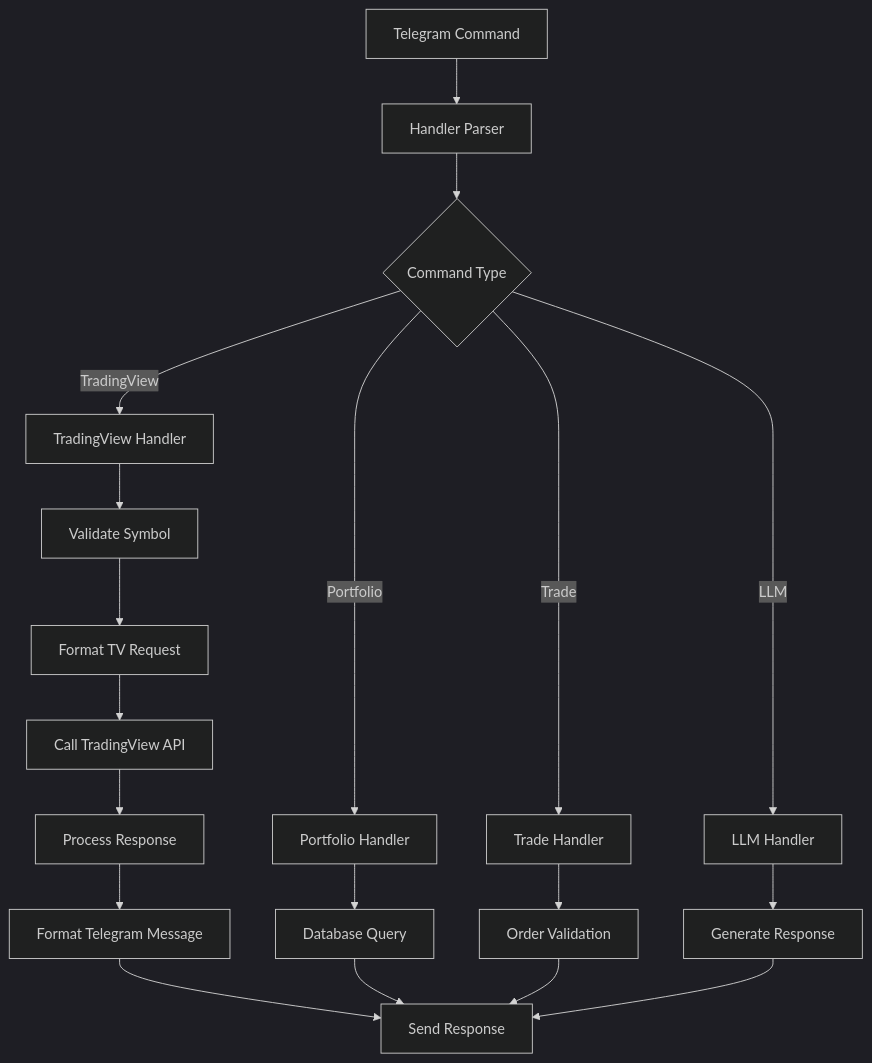
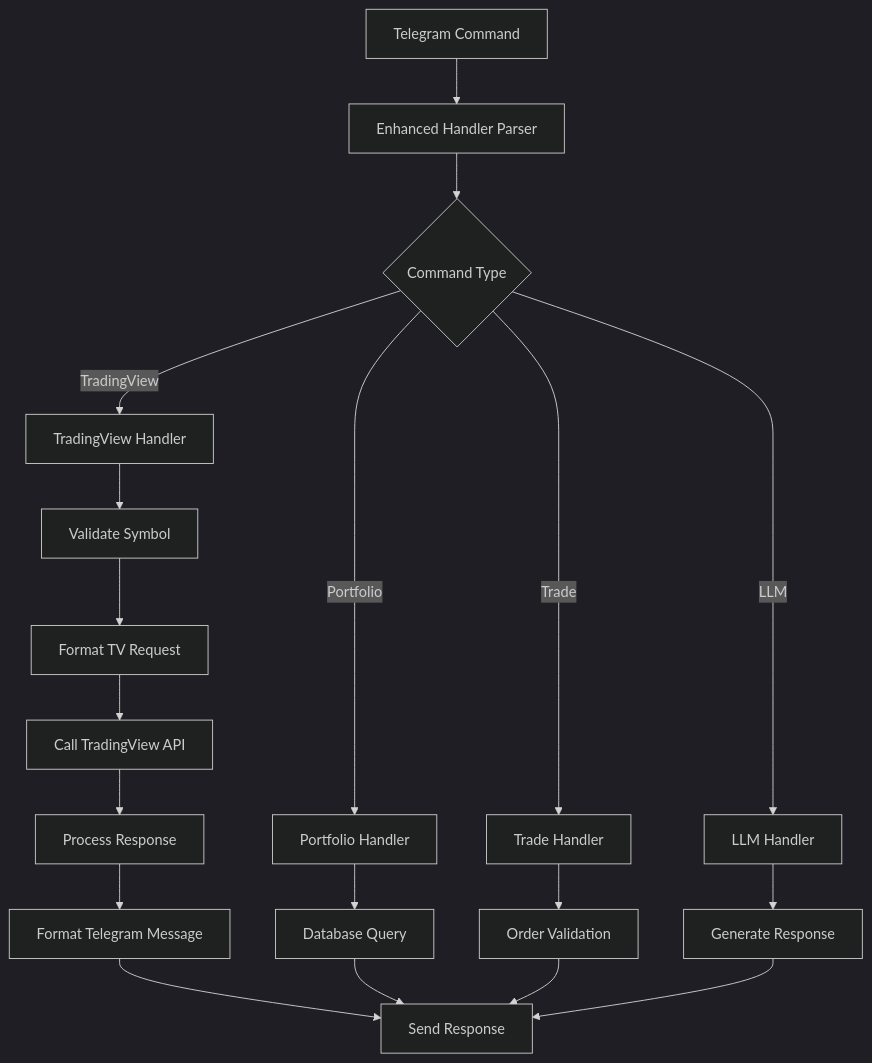
One commit to ZengSeng/telegram-bot changed the third of 5 diagrams in .qoder/repowiki/en/content/Core Components/Stock Trading Bot.md. Above: the diagram before and after it, drawn with Mermaid (dark theme). The commit also changed other lines of this file and 9 other files, not shown here.

````diff
--- a/.qoder/repowiki/en/content/Core Components/Stock Trading Bot.md
+++ b/.qoder/repowiki/en/content/Core Components/Stock Trading Bot.md
@@ -361,21 +364,21 @@
 ```mermaid
 flowchart TD
-A[Telegram Command] --> B[Handler Parser]
+A[Telegram Command] --> B[Enhanced Handler Parser]
 B --> C{Command Type}
 C --> |TradingView| D[TradingView Handler]
 C --> |Portfolio| E[Portfolio Handler]
 C --> |Trade| F[Trade Handler]
 C --> |LLM| G[LLM Handler]
 D --> H[Validate Symbol]
 H --> I[Format TV Request]
 I --> J[Call TradingView API]
 J --> K[Process Response]
 K --> L[Format Telegram Message]
 L --> M[Send Response]
 E --> N[Database Query]
 F --> O[Order Validation]
 G --> P[Generate Response]
 N --> M
 O --> M
 P --> M
 ```
````
